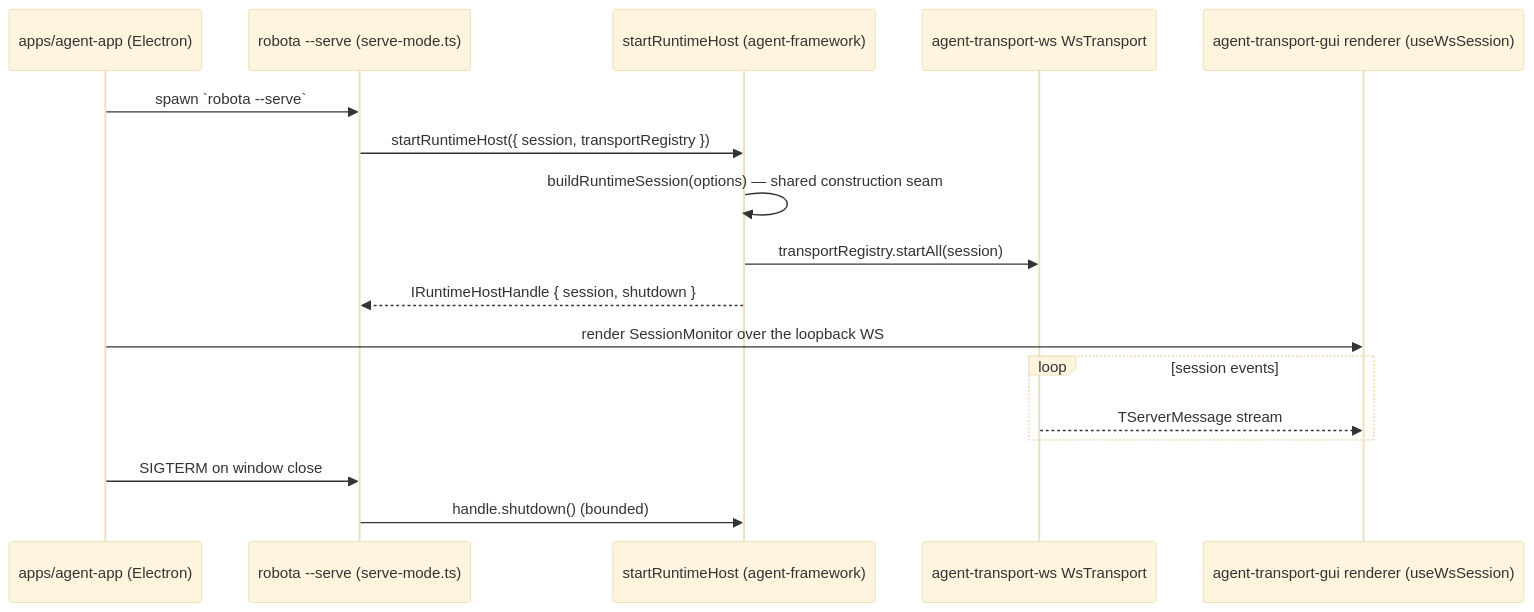
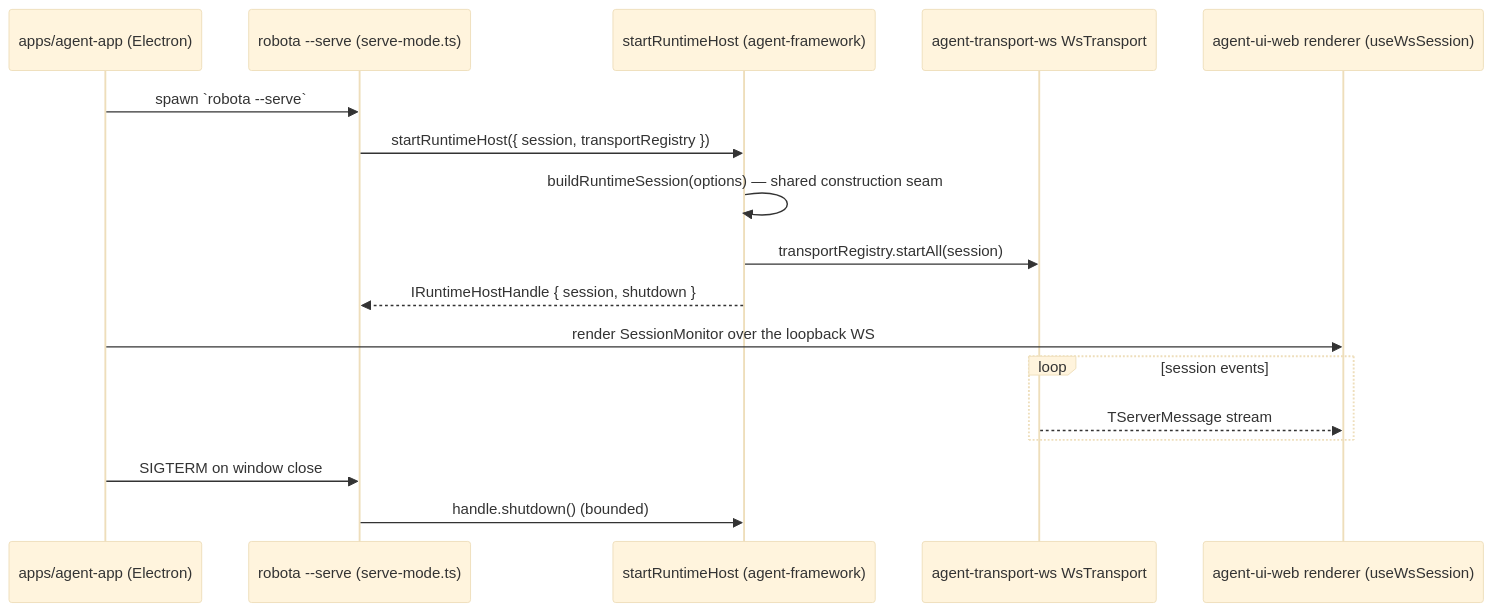
One commit to woojubb/robota changed the third of 3 diagrams in .agents/specs/architecture-map/agent-cli/execution-modes.md. Above: the diagram before and after it, drawn with Mermaid (base theme). The commit also changed 425 other files, not shown here.

````diff
--- a/.agents/specs/architecture-map/agent-cli/execution-modes.md
+++ b/.agents/specs/architecture-map/agent-cli/execution-modes.md
@@ -78,20 +78,20 @@
 ```mermaid
 sequenceDiagram
   participant App as apps/agent-app (Electron)
   participant CLI as robota --serve (serve-mode.ts)
   participant Host as startRuntimeHost (agent-framework)
   participant WS as agent-transport-ws WsTransport
-  participant GUI as agent-transport-gui renderer (useWsSession)
+  participant GUI as agent-ui-web renderer (useWsSession)
 
   App->>CLI: spawn `robota --serve`
   CLI->>Host: startRuntimeHost({ session, transportRegistry })
   Host->>Host: buildRuntimeSession(options) — shared construction seam
   Host->>WS: transportRegistry.startAll(session)
   Host-->>CLI: IRuntimeHostHandle { session, shutdown }
   App->>GUI: render SessionMonitor over the loopback WS
   loop session events
     WS-->>GUI: TServerMessage stream
   end
   App->>CLI: SIGTERM on window close
   CLI->>Host: handle.shutdown() (bounded)
 ```
````
